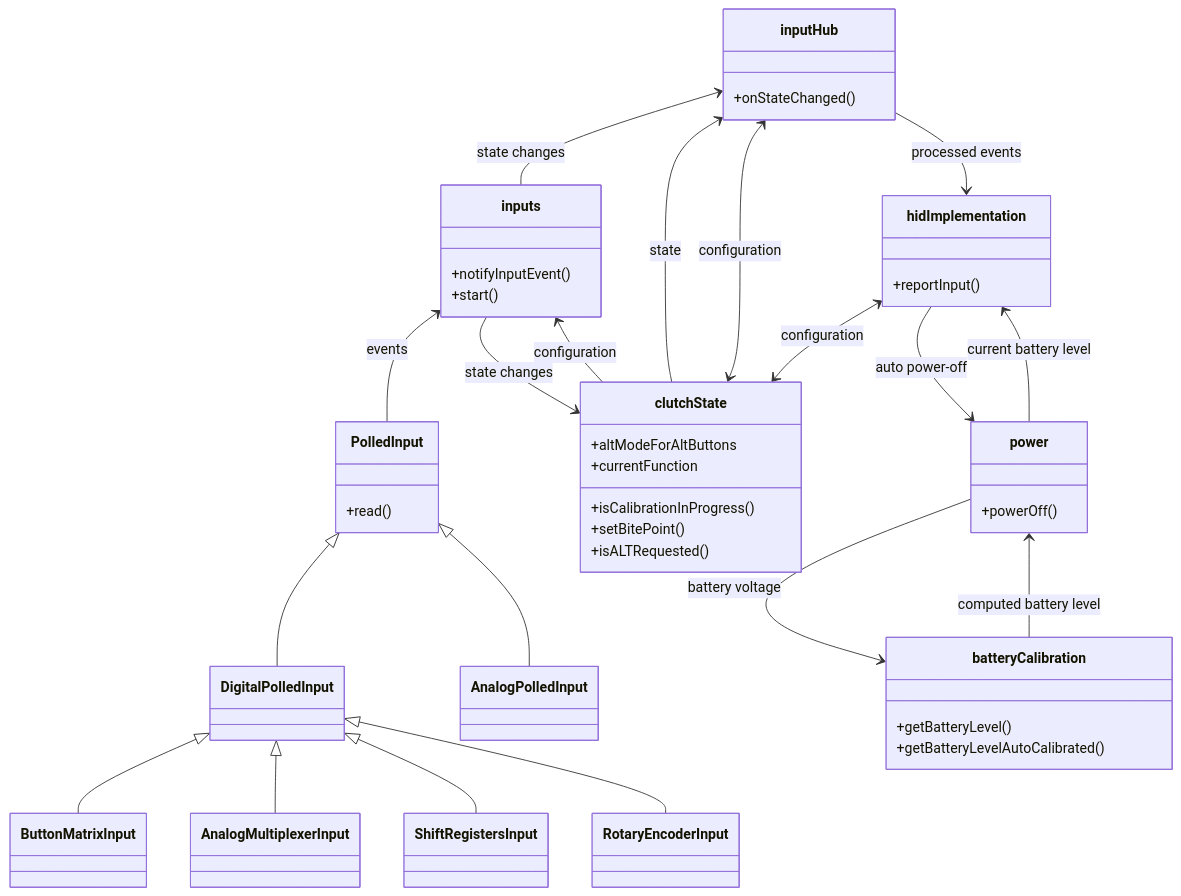
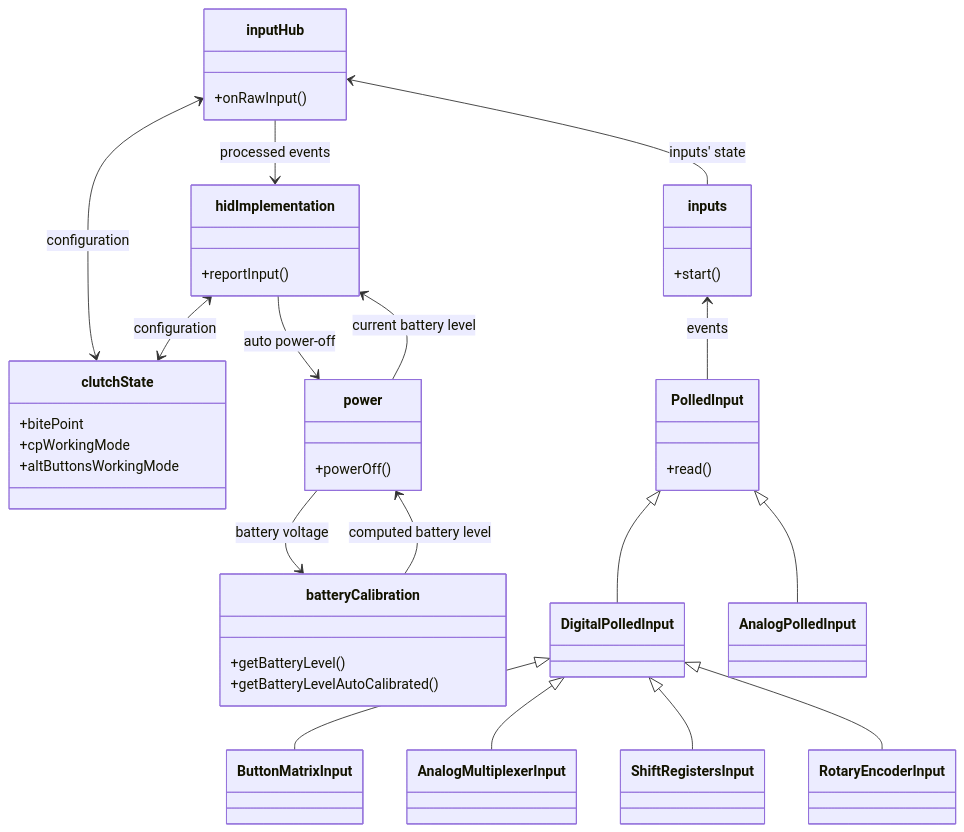
Before and after one commit to afpineda/OpenSourceSimWheelESP32: the first of 3 diagrams in doc/firmware/FirmwareArchitecture_en.md, drawn with Mermaid. The commit also changed other lines of this file and 30 other files, not shown here.

````diff
--- a/doc/firmware/FirmwareArchitecture_en.md
+++ b/doc/firmware/FirmwareArchitecture_en.md
@@ -40,49 +59,43 @@
 ```mermaid
 classDiagram
     class RotaryEncoderInput
     class inputs {
-      +notifyInputEvent()
       +start()
     }
     class inputHub {
-      +onStateChanged()
+      +onRawInput()
     }
     class clutchState {
-      +isCalibrationInProgress()
-      +setBitePoint()
-      +isALTRequested()
-      +altModeForAltButtons
-      +currentFunction
+      +bitePoint
+      +cpWorkingMode
+      +altButtonsWorkingMode
     }
     class hidImplementation {
       +reportInput()
     }
     class power {
       +powerOff()
     }
     class batteryCalibration {
       +getBatteryLevel()
       +getBatteryLevelAutoCalibrated()
     }
     class PolledInput {
       +read()
     }
-    inputHub <-- inputs: state changes
+    inputHub <-- inputs: inputs' state
     inputs <-- PolledInput: events
-    inputs --> clutchState: state changes
-    inputs <-- clutchState: configuration
     DigitalPolledInput <|-- ButtonMatrixInput
     DigitalPolledInput <|-- AnalogMultiplexerInput
     DigitalPolledInput <|-- ShiftRegistersInput
     DigitalPolledInput <|-- RotaryEncoderInput
     PolledInput <|-- DigitalPolledInput
     PolledInput <|-- AnalogPolledInput
-    inputHub <-- clutchState: state
     inputHub <--> clutchState: configuration
     inputHub --> hidImplementation: processed events
     hidImplementation <--> clutchState: configuration
     hidImplementation --> power: auto power-off
     hidImplementation <-- power: current battery level
     power --> batteryCalibration: battery voltage
     power <-- batteryCalibration: computed battery level
 ```
````
